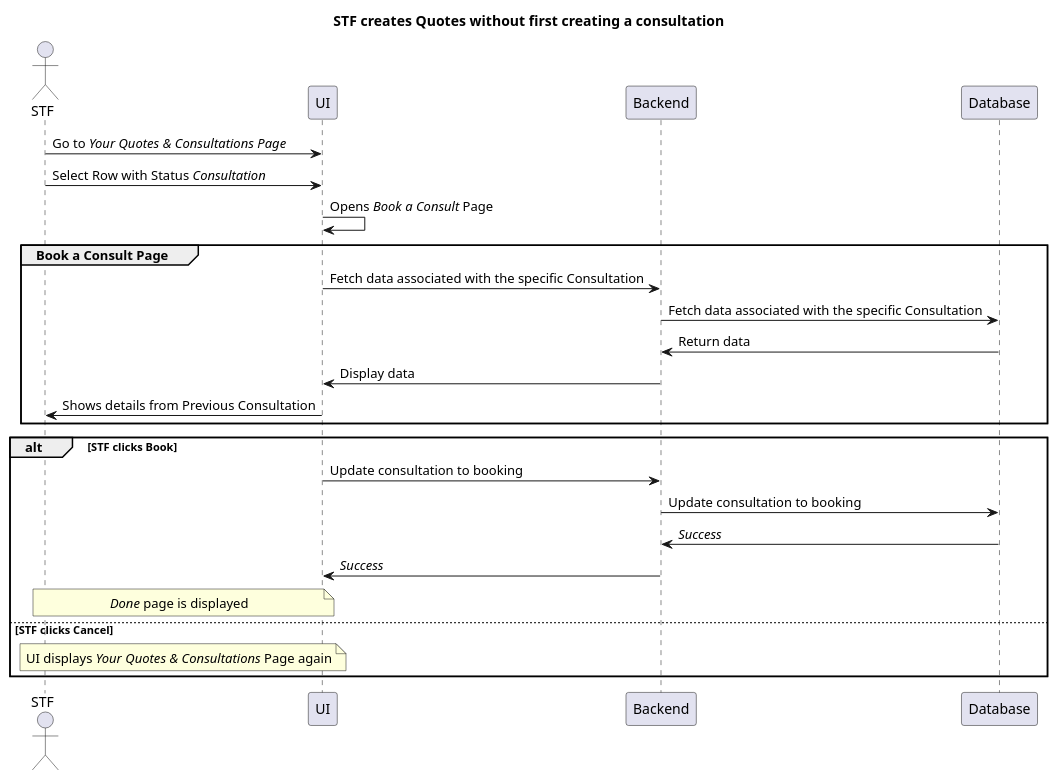
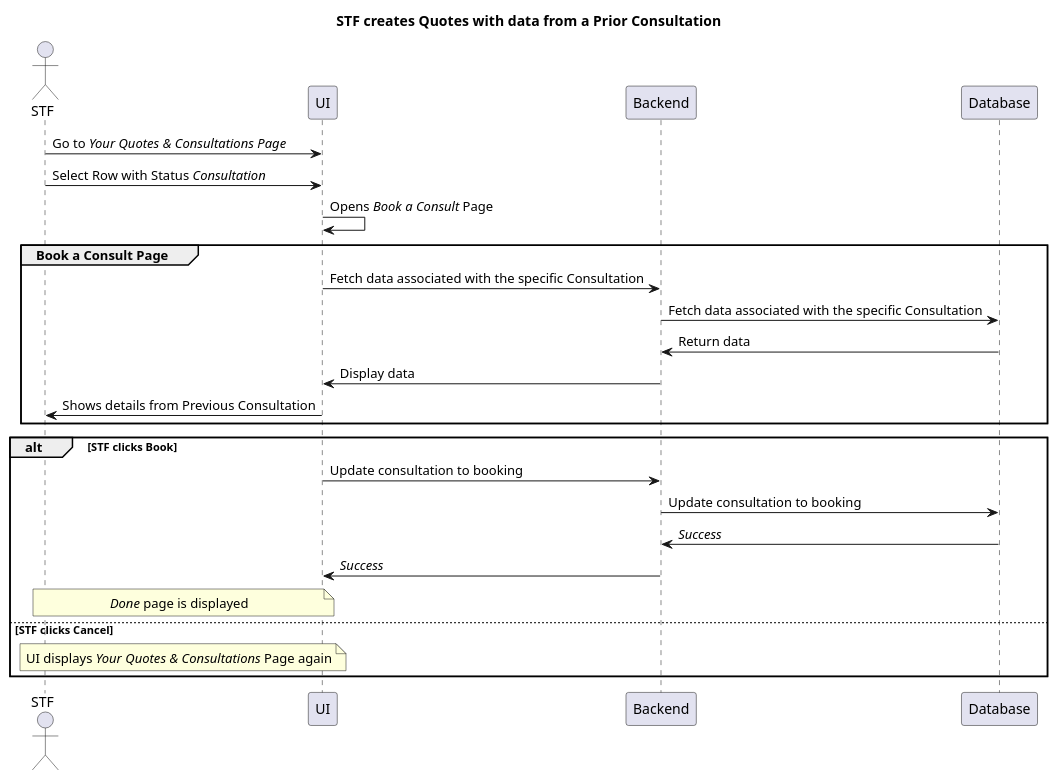
Before and after one commit to jpgacrama/NovariSpecs: the diagram in STF/STF_CreateQuoteFromPriorConsultation.pu, drawn with PlantUML. The commit also changed 1 other file, not shown here.

Commit message:
Created the high-level Business Flow

```diff
--- a/STF/STF_CreateQuoteFromPriorConsultation.pu
+++ b/STF/STF_CreateQuoteFromPriorConsultation.pu
@@ -1,33 +1,33 @@
 @startuml
-    title STF creates Quotes without first creating a consultation
+    title STF creates Quotes with data from a Prior Consultation
 
     actor "STF" as STF
     
     STF -> UI: Go to //Your Quotes & Consultations Page//
     STF -> UI: Select Row with Status //Consultation//
     UI -> UI: Opens //Book a Consult// Page
 
     group Book a Consult Page
         UI -> Backend: Fetch data associated with the specific Consultation
         Backend -> Database: Fetch data associated with the specific Consultation
         Database -> Backend: Return data
         Backend -> UI: Display data 
 
         UI -> STF: Shows details from Previous Consultation
     end group
 
     alt STF clicks Book
         UI -> Backend: Update consultation to booking
         Backend -> Database: Update consultation to booking
         Database -> Backend: //Success//
         Backend -> UI: //Success//
 
         note over STF, UI
             //Done// page is displayed
         end note
     else STF clicks Cancel
         note over STF, UI
             UI displays //Your Quotes & Consultations// Page again
         end note
     end
 @enduml
```
